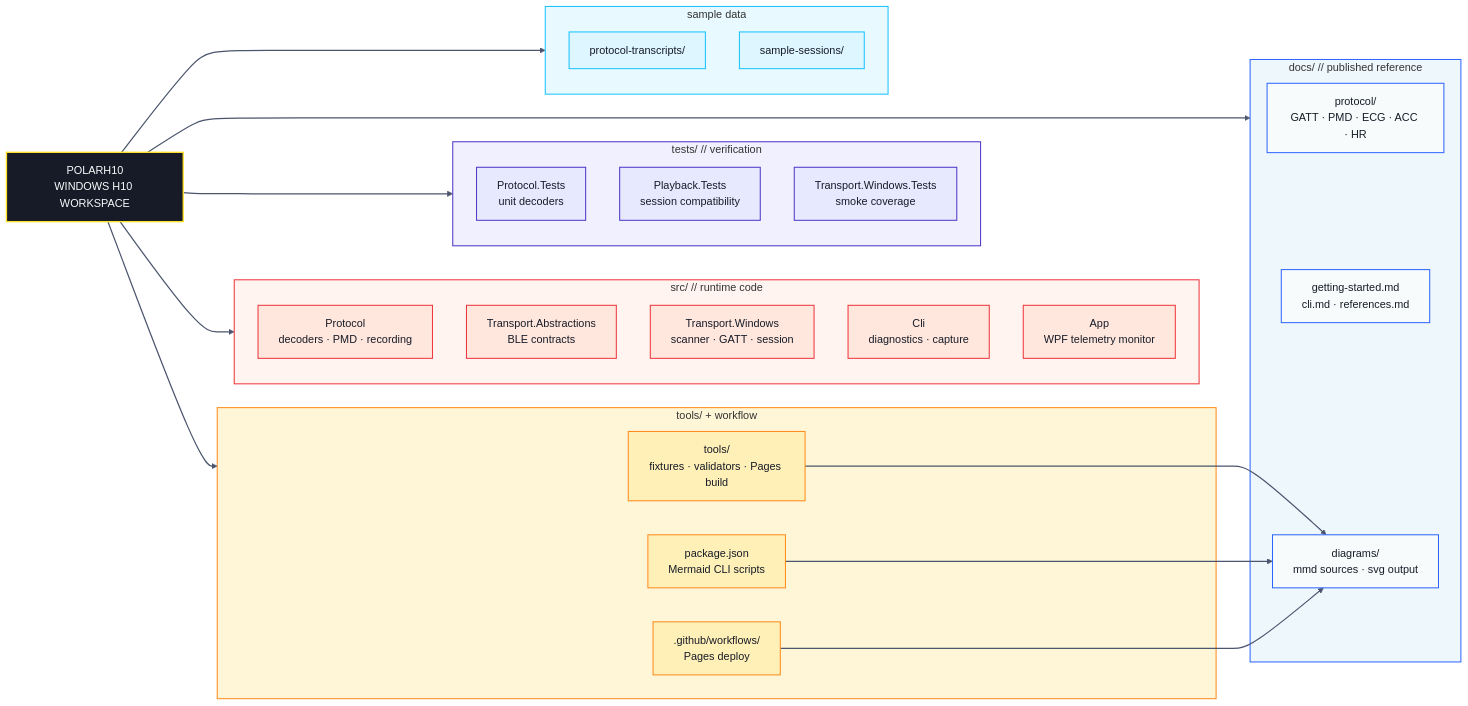
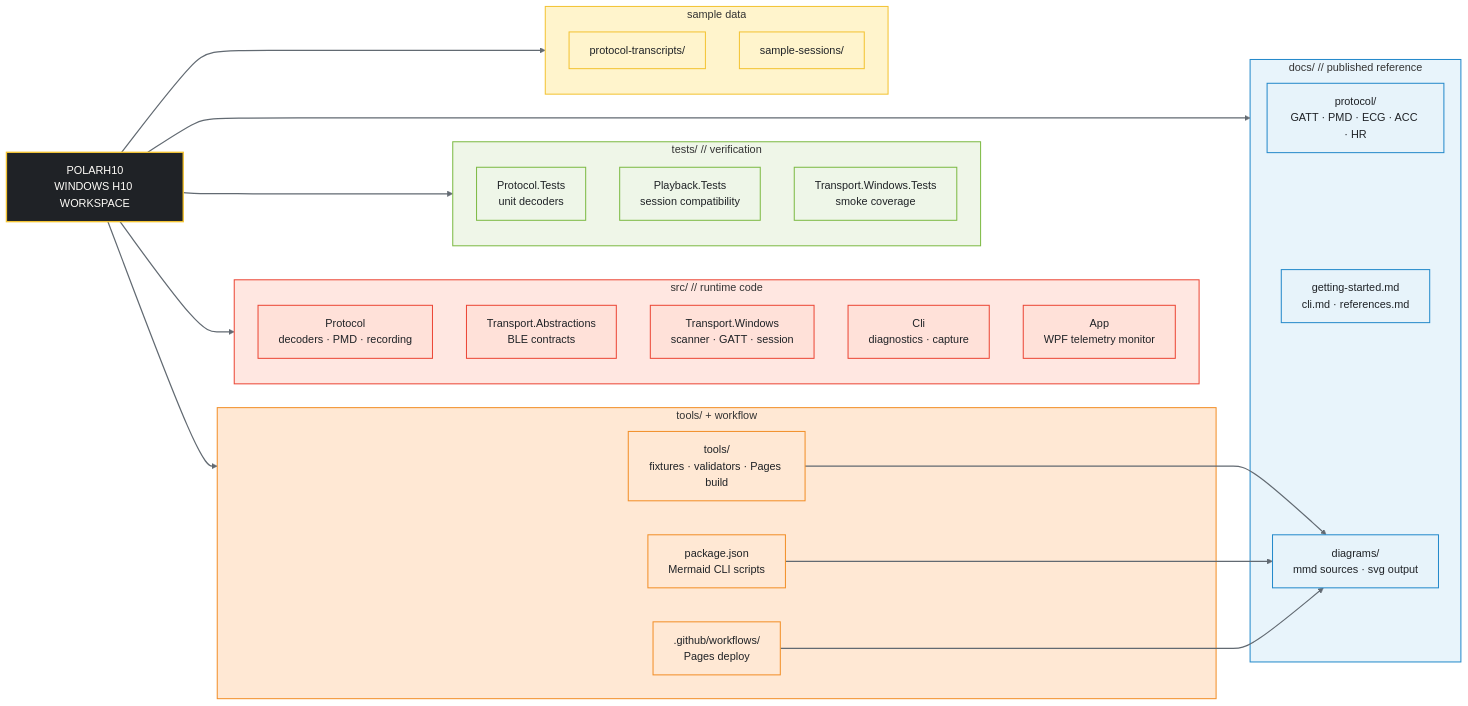
Before and after one commit to MesmerPrism/PolarH10: the diagram in docs/diagrams/repo-structure.mmd, drawn with Mermaid. The commit also changed 12 other files, not shown here.

Commit message:
Refine Pages theme and Mermaid viewer

```diff
--- a/docs/diagrams/repo-structure.mmd
+++ b/docs/diagrams/repo-structure.mmd
@@ -1,65 +1,65 @@
 %% Repo structure overview - GitHub-facing and compact.
 %% Keep the README version lightweight; push deeper diagrams into docs/diagrams.
 
 flowchart LR
     R["POLARH10<br/>WINDOWS H10 WORKSPACE"]
 
     subgraph Source["src/ // runtime code"]
         P1["Protocol<br/>decoders · PMD · recording"]
         P2["Transport.Abstractions<br/>BLE contracts"]
         P3["Transport.Windows<br/>scanner · GATT · session"]
         P4["Cli<br/>diagnostics · capture"]
         P5["App<br/>WPF telemetry monitor"]
     end
 
     subgraph Tests["tests/ // verification"]
         T1["Protocol.Tests<br/>unit decoders"]
         T2["Playback.Tests<br/>session compatibility"]
         T3["Transport.Windows.Tests<br/>smoke coverage"]
     end
 
     subgraph Docs["docs/ // published reference"]
         D1["protocol/<br/>GATT · PMD · ECG · ACC · HR"]
         D2["getting-started.md<br/>cli.md · references.md"]
         D3["diagrams/<br/>mmd sources · svg output"]
     end
 
     subgraph Tooling["tools/ + workflow"]
         TL1["tools/<br/>fixtures · validators · Pages build"]
         TL2["package.json<br/>Mermaid CLI scripts"]
         TL3[".github/workflows/<br/>Pages deploy"]
     end
 
     subgraph Samples["sample data"]
         S1["protocol-transcripts/"]
         S2["sample-sessions/"]
     end
 
     R --> Source
     R --> Tests
     R --> Docs
     R --> Tooling
     R --> Samples
     TL1 --> D3
     TL2 --> D3
     TL3 --> D3
 
-    style Source fill:#FFF4EF,stroke:#F0343C,stroke-width:1.5px;
-    style Tests fill:#F1F0FF,stroke:#4E35C5,stroke-width:1.5px;
-    style Docs fill:#EEF7FC,stroke:#2E66FF,stroke-width:1.5px;
-    style Tooling fill:#FFF6D8,stroke:#FF8A1A,stroke-width:1.5px;
-    style Samples fill:#E8FAFF,stroke:#18C2FF,stroke-width:1.5px;
+    style Source fill:#FFE7E1,stroke:#EC4736,stroke-width:1.5px;
+    style Tests fill:#EFF6E8,stroke:#7DBA44,stroke-width:1.5px;
+    style Docs fill:#E8F4FB,stroke:#258ACB,stroke-width:1.5px;
+    style Tooling fill:#FFE8D4,stroke:#F28F28,stroke-width:1.5px;
+    style Samples fill:#FFF4CC,stroke:#F3C333,stroke-width:1.5px;
 
-    classDef hub fill:#171B27,stroke:#FFE22B,color:#F7FBFC,stroke-width:2px;
-    classDef source fill:#FFE7DD,stroke:#F0343C,color:#171B27,stroke-width:1.5px;
-    classDef tests fill:#E7EAFF,stroke:#4E35C5,color:#171B27,stroke-width:1.5px;
-    classDef docs fill:#F7FBFC,stroke:#2E66FF,color:#171B27,stroke-width:1.5px;
-    classDef tooling fill:#FFF0B8,stroke:#FF8A1A,color:#171B27,stroke-width:1.5px;
-    classDef sample fill:#DDF6FF,stroke:#18C2FF,color:#171B27,stroke-width:1.5px;
+    classDef hub fill:#1F2226,stroke:#F3C333,color:#FFFDF9,stroke-width:2px;
+    classDef source fill:#FFE1D9,stroke:#EC4736,color:#1F2226,stroke-width:1.5px;
+    classDef tests fill:#EEF6E8,stroke:#7DBA44,color:#1F2226,stroke-width:1.5px;
+    classDef docs fill:#E7F3FA,stroke:#258ACB,color:#1F2226,stroke-width:1.5px;
+    classDef tooling fill:#FFE8D4,stroke:#F28F28,color:#1F2226,stroke-width:1.5px;
+    classDef sample fill:#FFF4CC,stroke:#F3C333,color:#1F2226,stroke-width:1.5px;
     class R hub;
     class P1,P2,P3,P4,P5 source;
     class T1,T2,T3 tests;
     class D1,D2,D3 docs;
     class TL1,TL2,TL3 tooling;
     class S1,S2 sample;
-    linkStyle default stroke:#4B556D,stroke-width:1.8px;
+    linkStyle default stroke:#626A72,stroke-width:1.8px;
```
